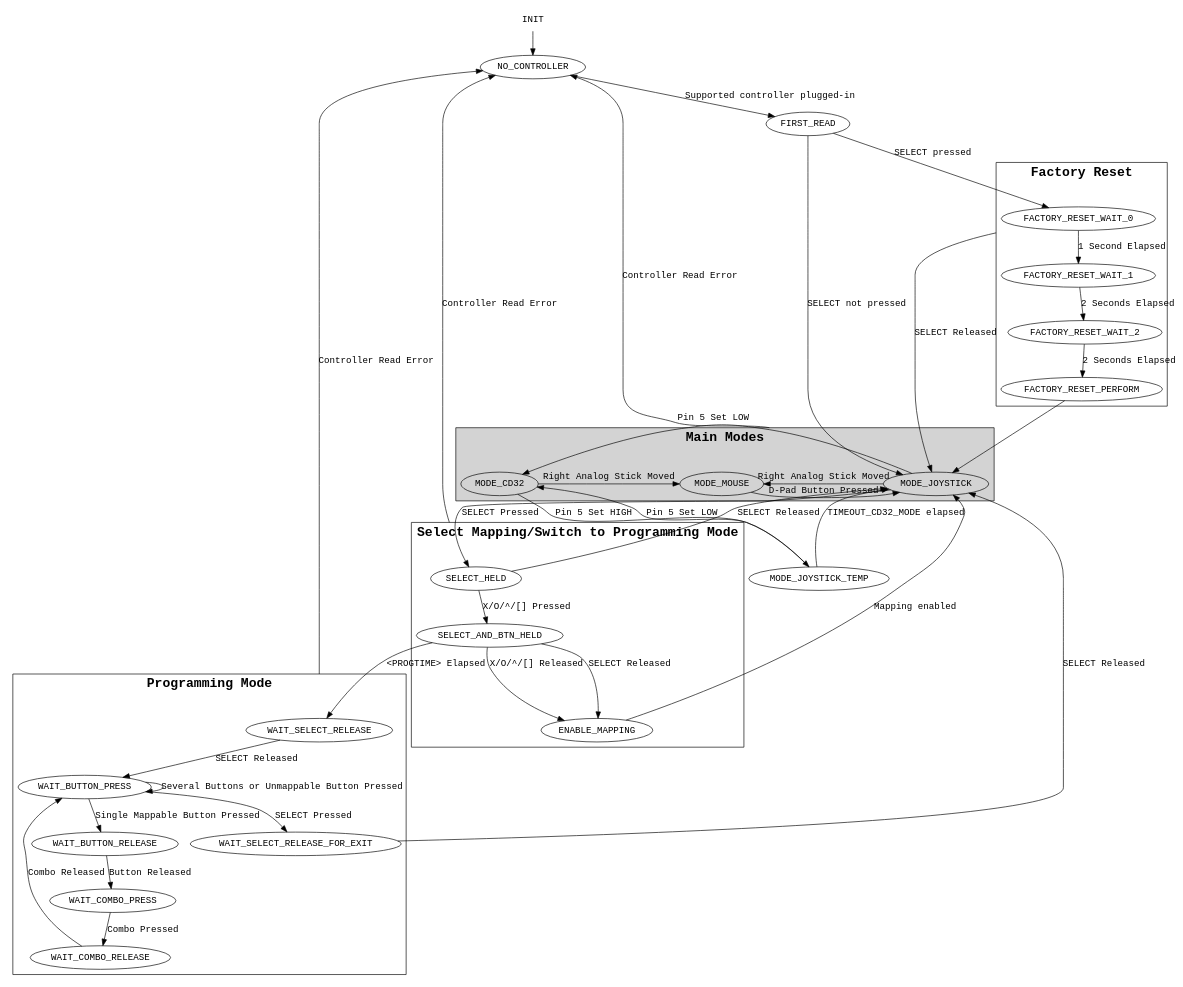
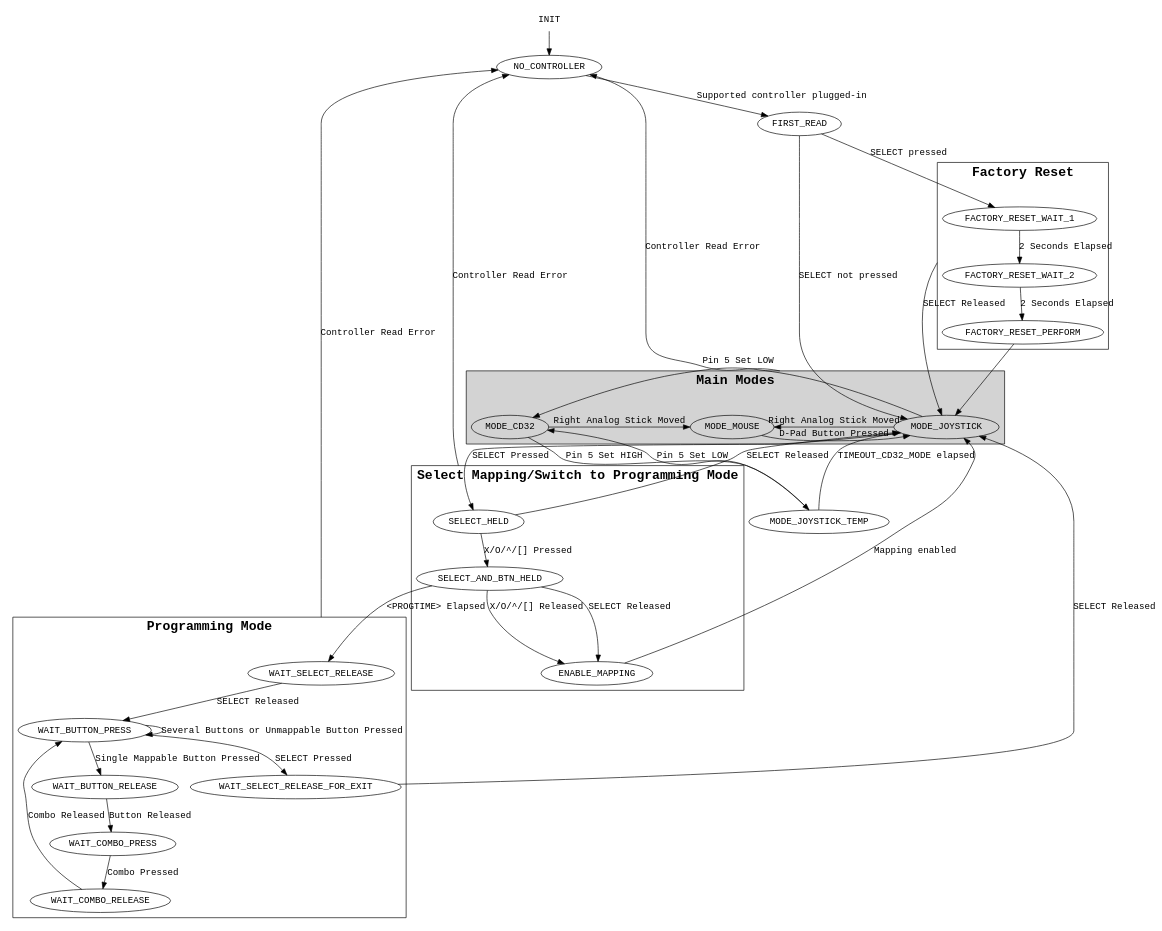
The diagram in firmware/statediagram.gv (SukkoPera/OpenPSX2AmigaPadAdapter), drawn with Graphviz before and after one commit.

Commit message:
Update state diagram

```diff
--- a/firmware/statediagram.gv
+++ b/firmware/statediagram.gv
@@ -1,126 +1,124 @@
 digraph {
 	#ratio = 0.75;
 
 	compound = true;
 	newrank = true;
 	#splines=line
 	edge [splines = "curved"];
 	node [fontname = "Courier"];
 	edge [fontname = "Courier"];
 	#subgraph [fontname = "Courier"];
 	clusterrank = "local";
 	
 	# Initialization
 	{
 		node [shape = "plaintext"];
 
 		INIT;
 	}
 	
 	NO_CONTROLLER;
 	FIRST_READ;
 
 	INIT -> NO_CONTROLLER;
 	NO_CONTROLLER -> FIRST_READ [label = "Supported controller plugged-in"];
-	FIRST_READ -> FACTORY_RESET_WAIT_0 [label = "SELECT pressed"];
+	FIRST_READ -> FACTORY_RESET_WAIT_1 [label = "SELECT pressed"];
 	FIRST_READ -> MODE_JOYSTICK [label = "SELECT not pressed"]
 
 	# Main Mode Transitions
 	subgraph "cluster_main" {
 		label = "Main Modes";
 		fontname = "Courier-bold";
 		fontsize = "20pt";
 		style = "filled";
 
 		{
 			rank="same";
 			node [style = "filled"];
 
 			MODE_MOUSE;
 			MODE_JOYSTICK;
 			MODE_CD32;
 		}
 
 		MODE_JOYSTICK -> MODE_MOUSE [label = "Right Analog Stick Moved"];
 		MODE_CD32 -> MODE_MOUSE [label = "Right Analog Stick Moved"];
 		MODE_MOUSE -> MODE_JOYSTICK [label = "D-Pad Button Pressed"];
 		MODE_JOYSTICK -> MODE_CD32 [label = "Pin 5 Set LOW"];
 	}
 
 	MODE_CD32 -> MODE_JOYSTICK_TEMP [label = "Pin 5 Set HIGH"];
 	MODE_JOYSTICK_TEMP -> MODE_CD32 [label = "Pin 5 Set LOW"];
 	MODE_JOYSTICK_TEMP -> MODE_JOYSTICK [label = "TIMEOUT_CD32_MODE elapsed"];
 
 	# This actually represents a transitions valid for all nodes in the cluster
 	MODE_JOYSTICK -> NO_CONTROLLER [label = "Controller Read Error", ltail = cluster_main];
 	
 	subgraph "cluster_progswitch" {
 		label = "Select Mapping/Switch to Programming Mode";
 		fontname = "Courier-bold";
 		fontsize = "20pt";
 		
 		# States for entering Programming Mode
 		SELECT_HELD;
 		SELECT_AND_BTN_HELD;
 		ENABLE_MAPPING;
 
 		SELECT_HELD -> SELECT_AND_BTN_HELD [label = "X/O/^/[] Pressed"]
 		SELECT_AND_BTN_HELD -> ENABLE_MAPPING [label = "X/O/^/[] Released"]
 		SELECT_AND_BTN_HELD -> ENABLE_MAPPING [label = "SELECT Released"]
 	}
 
 	MODE_JOYSTICK -> SELECT_HELD [label = "SELECT Pressed"]
 	SELECT_HELD -> MODE_JOYSTICK [label = "SELECT Released"]
 	ENABLE_MAPPING -> MODE_JOYSTICK [label = "Mapping enabled"]
 	SELECT_AND_BTN_HELD -> WAIT_SELECT_RELEASE [label = "<PROGTIME> Elapsed"]
 
 	# Again, valid for all nodes in the cluster
 	SELECT_HELD -> NO_CONTROLLER [label = "Controller Read Error", ltail = cluster_progswitch];
 
 	subgraph "cluster_progmode" {
 		label = "Programming Mode";
 		fontname = "Courier-bold";
 		fontsize = "20pt";
 		
 		# Programming Mode States
 		WAIT_SELECT_RELEASE;
 		WAIT_BUTTON_PRESS;
 		WAIT_BUTTON_RELEASE;
 		WAIT_COMBO_PRESS;
 		WAIT_COMBO_RELEASE;
 		WAIT_SELECT_RELEASE_FOR_EXIT;
 
 		WAIT_SELECT_RELEASE -> WAIT_BUTTON_PRESS [label = "SELECT Released"]
 		WAIT_BUTTON_PRESS -> WAIT_SELECT_RELEASE_FOR_EXIT [label = "SELECT Pressed"]
 		WAIT_BUTTON_PRESS -> WAIT_BUTTON_RELEASE [label = "Single Mappable Button Pressed"]
 		WAIT_BUTTON_PRESS -> WAIT_BUTTON_PRESS [label = "Several Buttons or Unmappable Button Pressed"]
 		WAIT_BUTTON_RELEASE -> WAIT_COMBO_PRESS [label = "Button Released"]
 		WAIT_COMBO_PRESS -> WAIT_COMBO_RELEASE [label = "Combo Pressed"]
 		WAIT_COMBO_RELEASE -> WAIT_BUTTON_PRESS [label = "Combo Released"]
 	}
 
 	WAIT_SELECT_RELEASE_FOR_EXIT -> MODE_JOYSTICK [label = "SELECT Released"]
 
 	# Guess what??? Valid for all nodes in the cluster
 	WAIT_SELECT_RELEASE -> NO_CONTROLLER [label = "Controller Read Error", ltail = cluster_progmode];
 	
 	subgraph "cluster_reset" {
 		label = "Factory Reset";
 		fontname = "Courier-bold";
 		fontsize = "20pt";
 		
-		FACTORY_RESET_WAIT_0;
 		FACTORY_RESET_WAIT_1;
 		FACTORY_RESET_WAIT_2;
 		FACTORY_RESET_PERFORM;
 		
-		FACTORY_RESET_WAIT_0 -> FACTORY_RESET_WAIT_1 [label = "1 Second Elapsed"];
 		FACTORY_RESET_WAIT_1 -> FACTORY_RESET_WAIT_2 [label = "2 Seconds Elapsed"];
 		FACTORY_RESET_WAIT_2 -> FACTORY_RESET_PERFORM [label = "2 Seconds Elapsed"];
 	}
 	
 	FACTORY_RESET_PERFORM -> MODE_JOYSTICK;
 	
 	# Valid for all nodes in the cluster
-	FACTORY_RESET_WAIT_0 -> MODE_JOYSTICK [label = "SELECT Released", ltail = cluster_reset];
+	FACTORY_RESET_WAIT_1 -> MODE_JOYSTICK [label = "SELECT Released", ltail = cluster_reset];
 }
```
